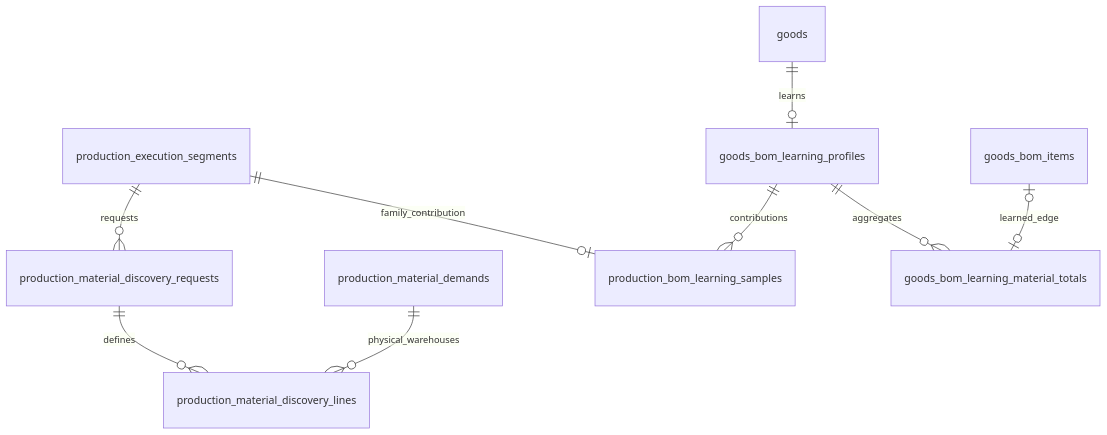
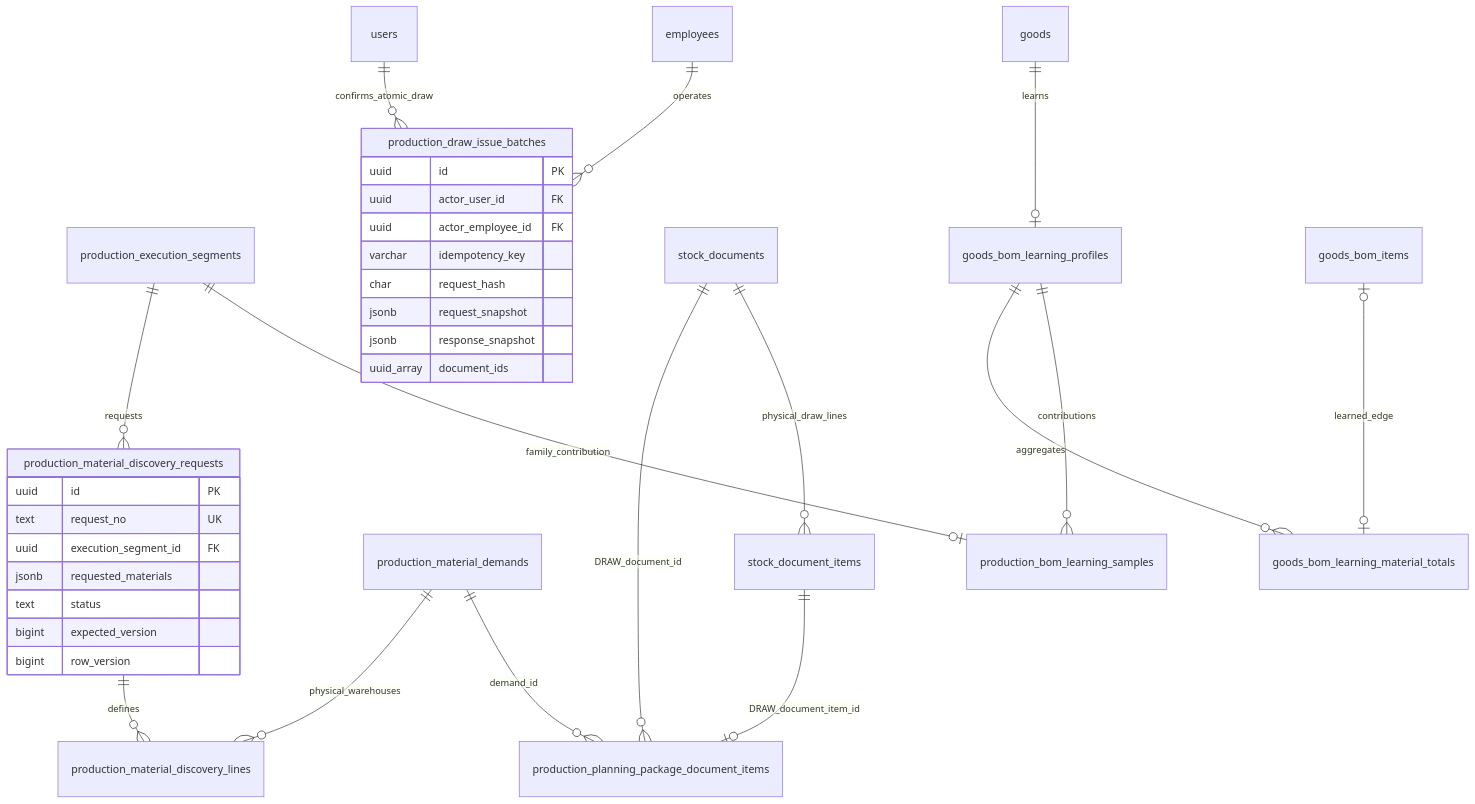
Before and after one commit to BruceChu0424/utenelec_imp: the third of 21 diagrams in docs/04-数据模型/ER草图.md, drawn with Mermaid. The commit also changed other lines of this file and 727 other files, not shown here.

````diff
--- a/docs/04-数据模型/ER草图.md
+++ b/docs/04-数据模型/ER草图.md
@@ -21,11 +37,36 @@
 ```mermaid
 erDiagram
     production_execution_segments ||--o{ production_material_discovery_requests : requests
     production_material_discovery_requests ||--o{ production_material_discovery_lines : defines
+    users ||--o{ production_draw_issue_batches : confirms_atomic_draw
+    employees ||--o{ production_draw_issue_batches : operates
     production_material_demands ||--o{ production_material_discovery_lines : physical_warehouses
+    production_material_demands ||--o{ production_planning_package_document_items : demand_id
+    stock_documents ||--o{ production_planning_package_document_items : DRAW_document_id
+    stock_documents ||--o{ stock_document_items : physical_draw_lines
+    stock_document_items ||--o| production_planning_package_document_items : DRAW_document_item_id
     production_execution_segments ||--o| production_bom_learning_samples : family_contribution
     goods ||--o| goods_bom_learning_profiles : learns
     goods_bom_learning_profiles ||--o{ goods_bom_learning_material_totals : aggregates
     goods_bom_learning_profiles ||--o{ production_bom_learning_samples : contributions
     goods_bom_items |o--o| goods_bom_learning_material_totals : learned_edge
+    production_material_discovery_requests {
+        uuid id PK
+        text request_no UK
+        uuid execution_segment_id FK
+        jsonb requested_materials
+        text status
+        bigint expected_version
+        bigint row_version
+    }
+    production_draw_issue_batches {
+        uuid id PK
+        uuid actor_user_id FK
+        uuid actor_employee_id FK
+        varchar idempotency_key
+        char request_hash
+        jsonb request_snapshot
+        jsonb response_snapshot
+        uuid_array document_ids
+    }
 ```
````
